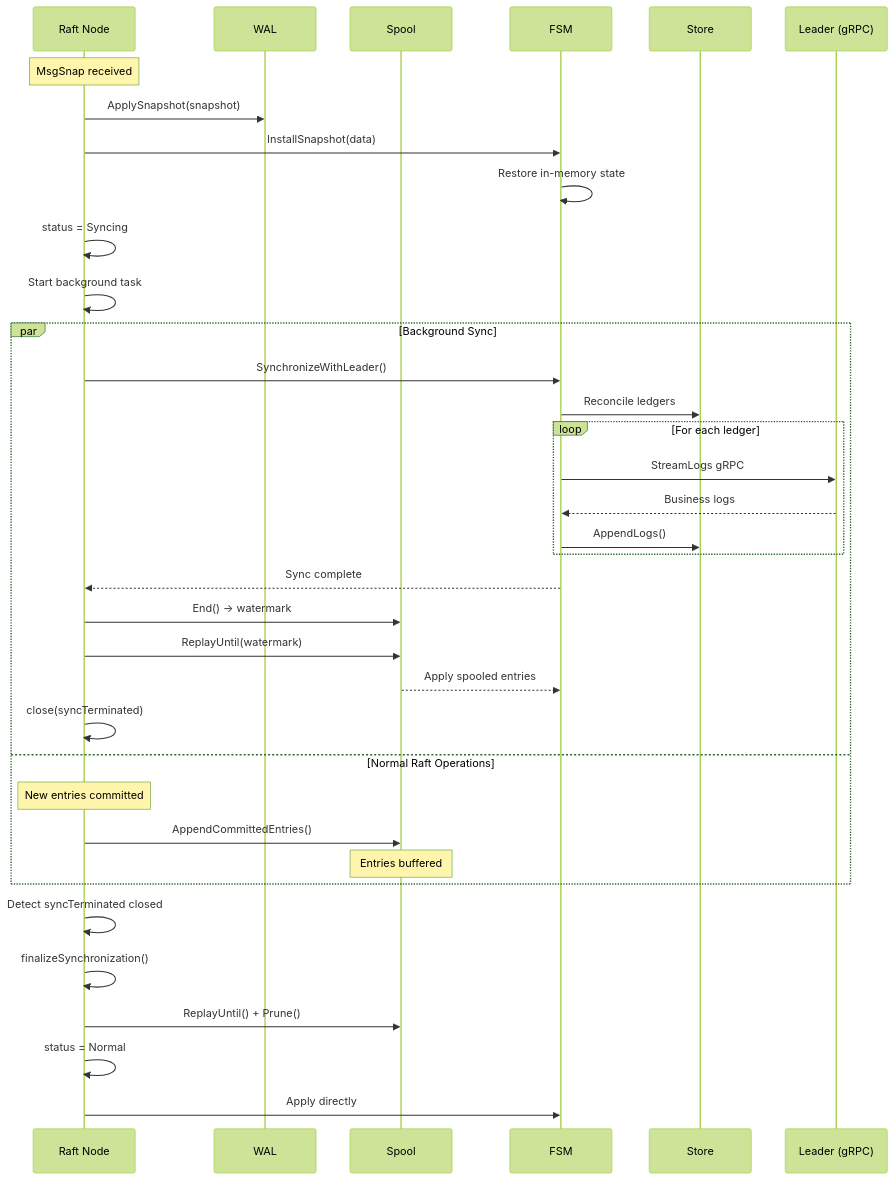
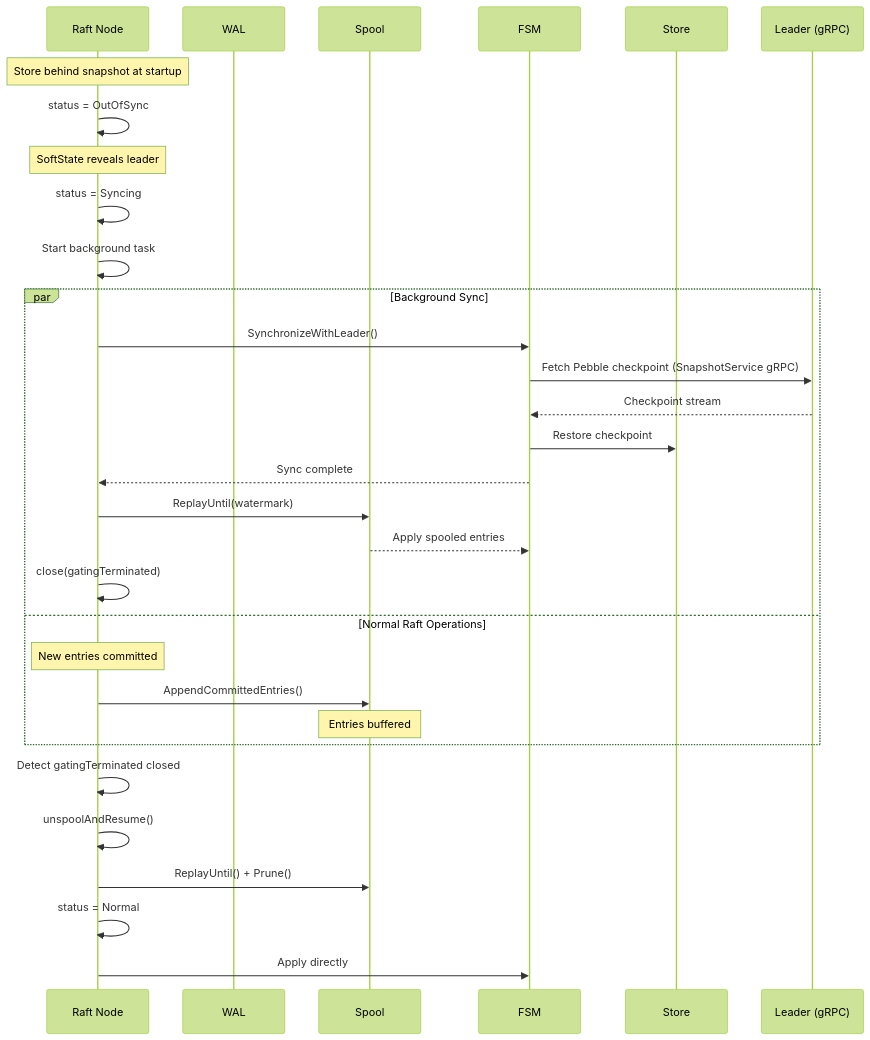
Before and after one commit to formancehq/ledger: the fourth of 9 diagrams in docs/architecture/data-flows.md, drawn with Mermaid (forest theme). The commit also changed other lines of this file and 5 other files, not shown here.

First line of the commit message:
docs: add cluster lifecycle documentation and fix audit sequence bug

````diff
--- a/docs/architecture/data-flows.md
+++ b/docs/architecture/data-flows.md
@@ -293,41 +294,36 @@
 ```mermaid
 sequenceDiagram
     participant Node as Raft Node
     participant WAL
     participant Spool
     participant FSM
     participant Store
     participant Leader as Leader (gRPC)
-    
-    Note over Node: MsgSnap received
-    Node->>WAL: ApplySnapshot(snapshot)
-    Node->>FSM: InstallSnapshot(data)
-    FSM->>FSM: Restore in-memory state
+
+    Note over Node: Store behind snapshot at startup
+    Node->>Node: status = OutOfSync
+    Note over Node: SoftState reveals leader
     Node->>Node: status = Syncing
     Node->>Node: Start background task
-    
+
     par Background Sync
         Node->>FSM: SynchronizeWithLeader()
-        FSM->>Store: Reconcile ledgers
-        loop For each ledger
-            FSM->>Leader: StreamLogs gRPC
-            Leader-->>FSM: Business logs
-            FSM->>Store: AppendLogs()
-        end
+        FSM->>Leader: Fetch Pebble checkpoint (SnapshotService gRPC)
+        Leader-->>FSM: Checkpoint stream
+        FSM->>Store: Restore checkpoint
         FSM-->>Node: Sync complete
-        Node->>Spool: End() → watermark
         Node->>Spool: ReplayUntil(watermark)
         Spool-->>FSM: Apply spooled entries
-        Node->>Node: close(syncTerminated)
+        Node->>Node: close(gatingTerminated)
     and Normal Raft Operations
         Note over Node: New entries committed
         Node->>Spool: AppendCommittedEntries()
         Note over Spool: Entries buffered
     end
-    
-    Node->>Node: Detect syncTerminated closed
-    Node->>Node: finalizeSynchronization()
+
+    Node->>Node: Detect gatingTerminated closed
+    Node->>Node: unspoolAndResume()
     Node->>Spool: ReplayUntil() + Prune()
     Node->>Node: status = Normal
     Node->>FSM: Apply directly
 ```
````
